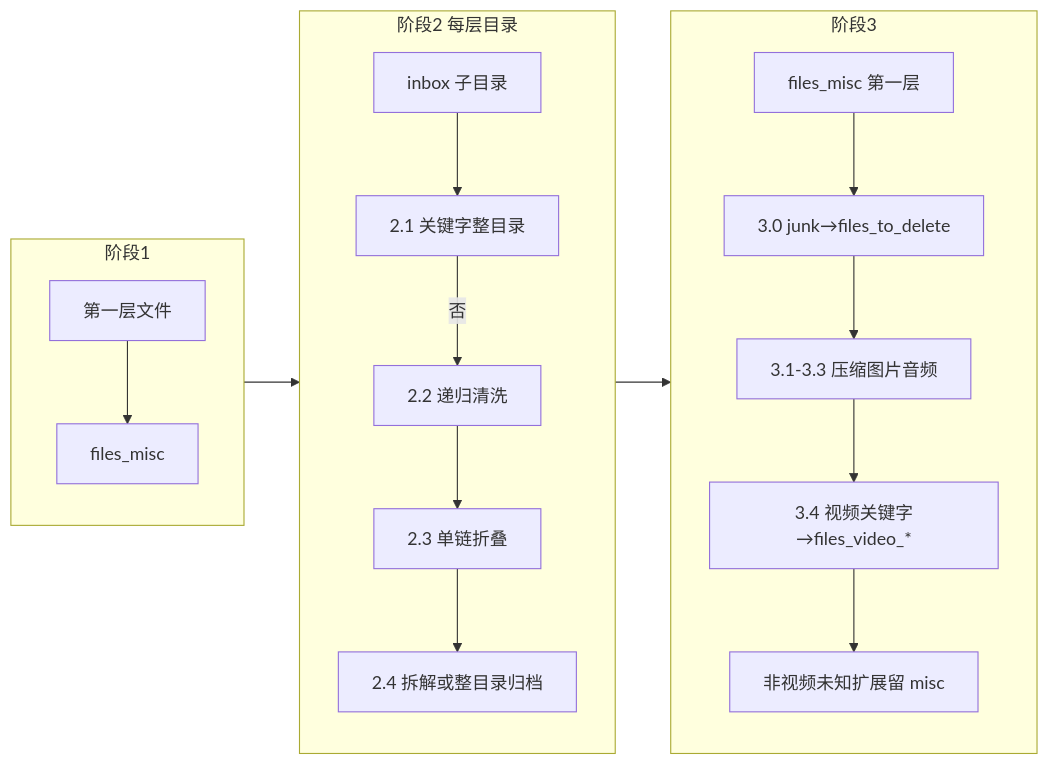
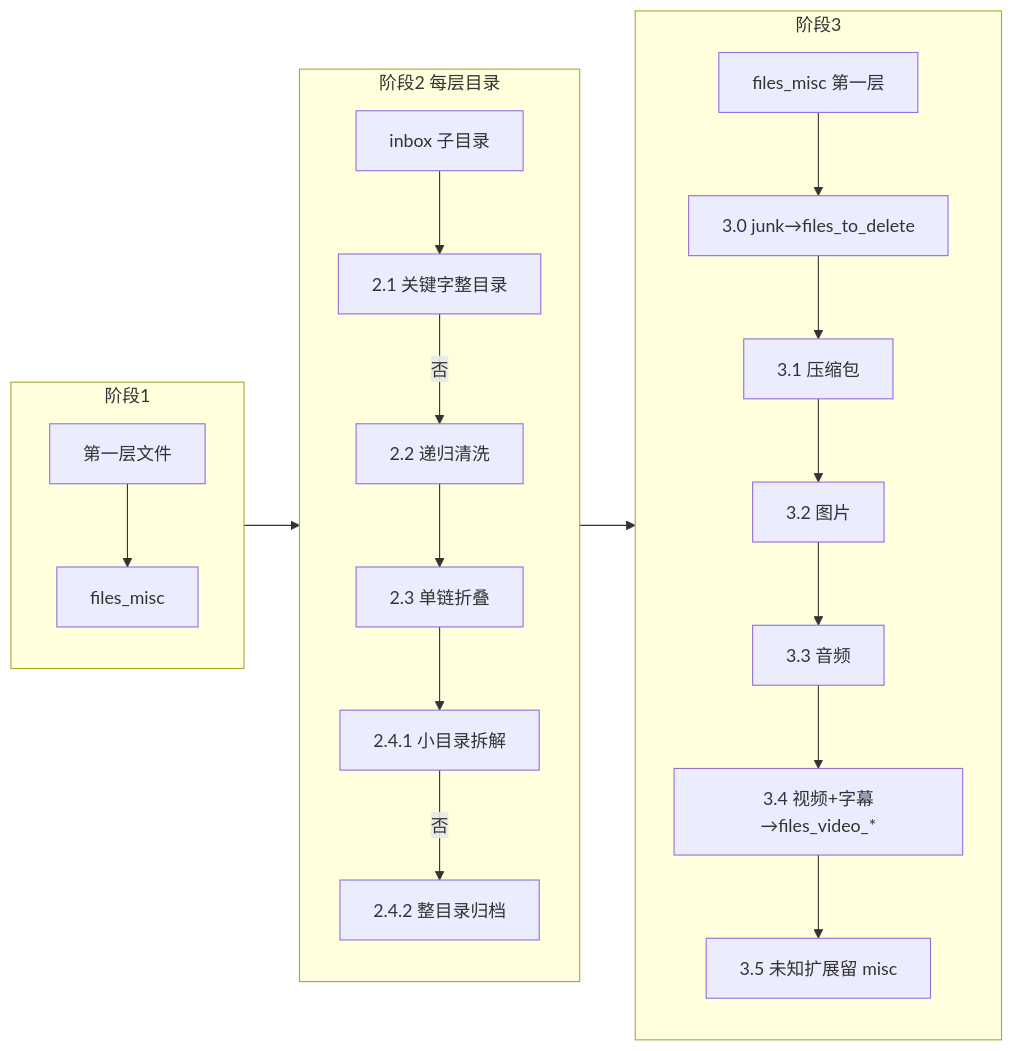
Before and after one commit to watchzerg/j-file-kit: the diagram in docs/RAW_FILE_PROCESSING_PIPELINE.md, drawn with Mermaid. The commit also changed other lines of this file and 6 other files, not shown here.

````diff
--- a/docs/RAW_FILE_PROCESSING_PIPELINE.md
+++ b/docs/RAW_FILE_PROCESSING_PIPELINE.md
@@ -15,20 +15,23 @@
 ```mermaid
 flowchart LR
   subgraph p1 [阶段1]
     F[第一层文件] --> M[files_misc]
   end
   subgraph p2 [阶段2 每层目录]
     D[inbox 子目录] --> A[2.1 关键字整目录]
     A -->|否| B[2.2 递归清洗]
     B --> C[2.3 单链折叠]
-    C --> E[2.4 拆解或整目录归档]
+    C --> E[2.4.1 小目录拆解]
+    E -->|否| G[2.4.2 整目录归档]
   end
   subgraph p3 [阶段3]
     M2[files_misc 第一层] --> J[3.0 junk→files_to_delete]
-    J --> R[3.1-3.3 压缩图片音频]
-    R --> V[3.4 视频关键字→files_video_*]
-    V --> Mkeep[非视频未知扩展留 misc]
+    J --> R1[3.1 压缩包]
+    R1 --> R2[3.2 图片]
+    R2 --> R3[3.3 音频]
+    R3 --> V[3.4 视频+字幕→files_video_*]
+    V --> Mkeep[3.5 未知扩展留 misc]
   end
   p1 --> p2
   p2 --> p3
 ```
````
